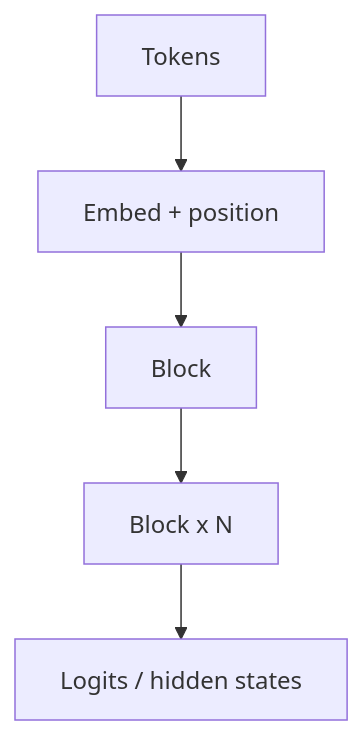
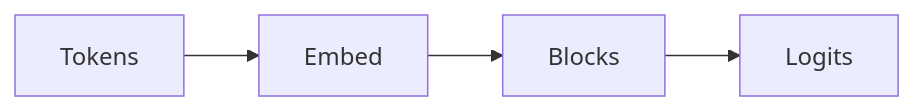
Before and after one commit to abdulsamad183/ai-engineering-playbook: the diagram in domains/transformers/transformer-basics/02-transformer-overview.md, drawn with Mermaid. The commit also changed other lines of this file and 203 other files, not shown here.

````diff
--- a/domains/transformers/transformer-basics/02-transformer-overview.md
+++ b/domains/transformers/transformer-basics/02-transformer-overview.md
@@ -20,7 +91,4 @@
 ```mermaid
-flowchart TB
-  Tok[Tokens] --> Emb[Embed + position]
-  Emb --> B1[Block]
-  B1 --> B2[Block x N]
-  B2 --> Out[Logits / hidden states]
+flowchart LR
+  Tokens --> Embed --> Blocks --> Logits
 ```
````
